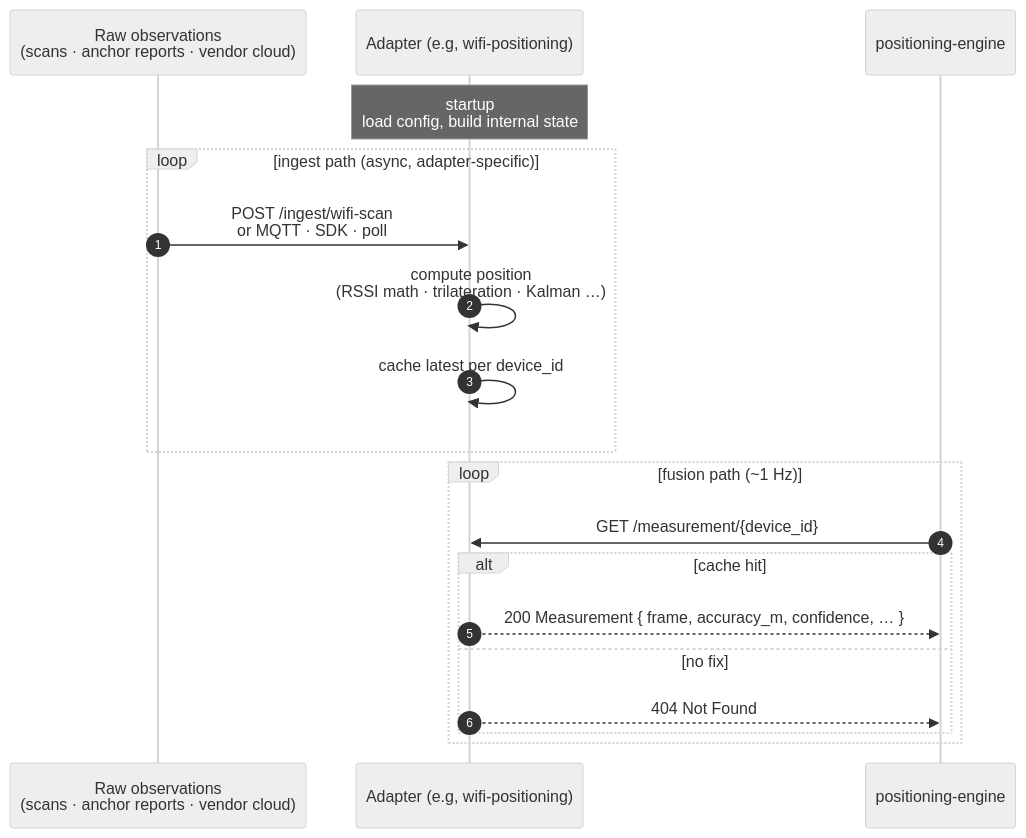
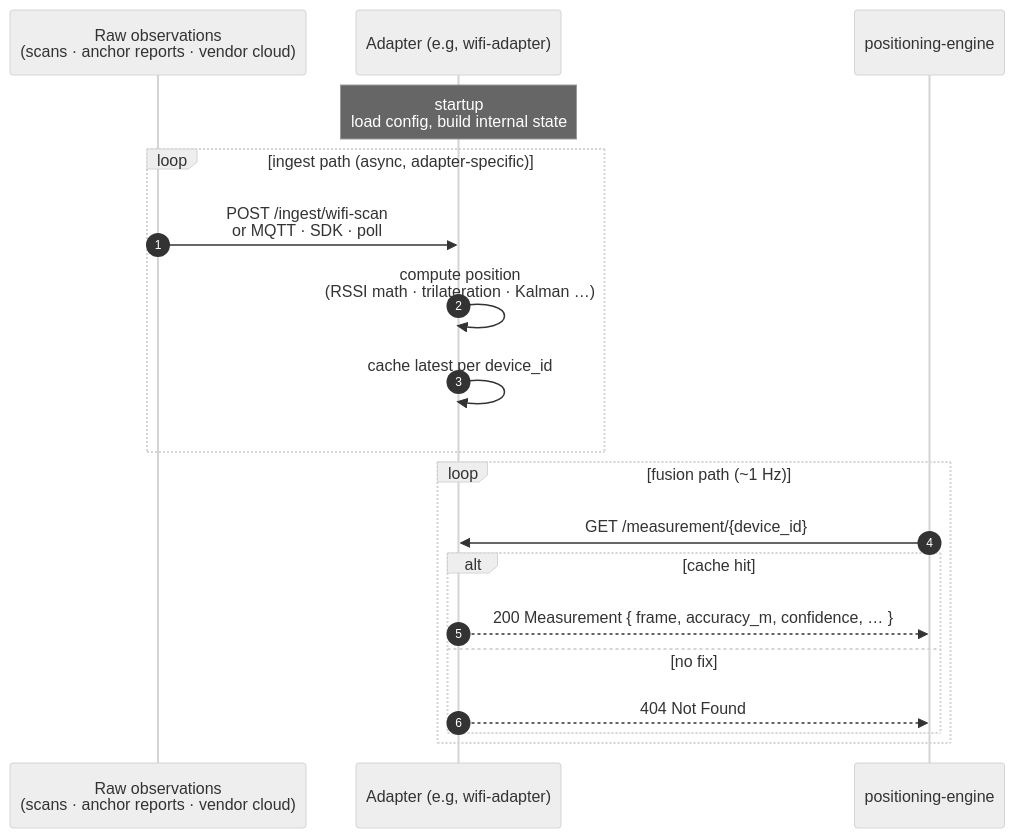
Before and after one commit to Jacobbista/5g-northbound: the first of 2 diagrams in docs/adapters.md, drawn with Mermaid (neutral theme). The commit also changed other lines of this file and 241 other files, not shown here.

````diff
--- a/docs/adapters.md
+++ b/docs/adapters.md
@@ -126,22 +126,22 @@
 ```mermaid
 sequenceDiagram
   autonumber
   participant SRC as Raw observations<br/>(scans · anchor reports · vendor cloud)
-  participant ADP as Adapter (e.g, wifi-positioning)
+  participant ADP as Adapter (e.g, wifi-adapter)
   participant ENG as positioning-engine
 
   Note over ADP: startup<br/>load config, build internal state
   loop ingest path (async, adapter-specific)
     SRC->>ADP: POST /ingest/wifi-scan<br/>or MQTT · SDK · poll
     ADP->>ADP: compute position<br/>(RSSI math · trilateration · Kalman …)
     ADP->>ADP: cache latest per device_id
   end
   loop fusion path (~1 Hz)
     ENG->>ADP: GET /measurement/{device_id}
     alt cache hit
       ADP-->>ENG: 200 Measurement { frame, accuracy_m, confidence, … }
     else no fix
       ADP-->>ENG: 404 Not Found
     end
   end
 ```
````
